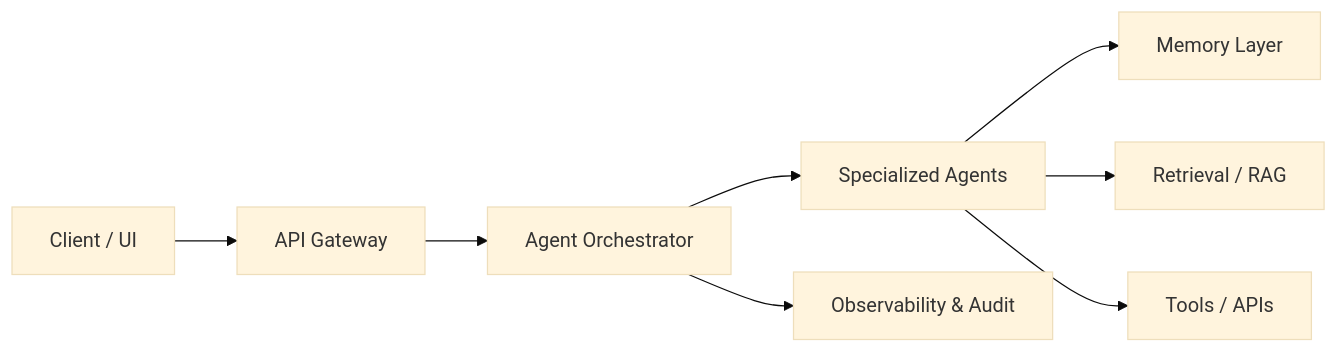
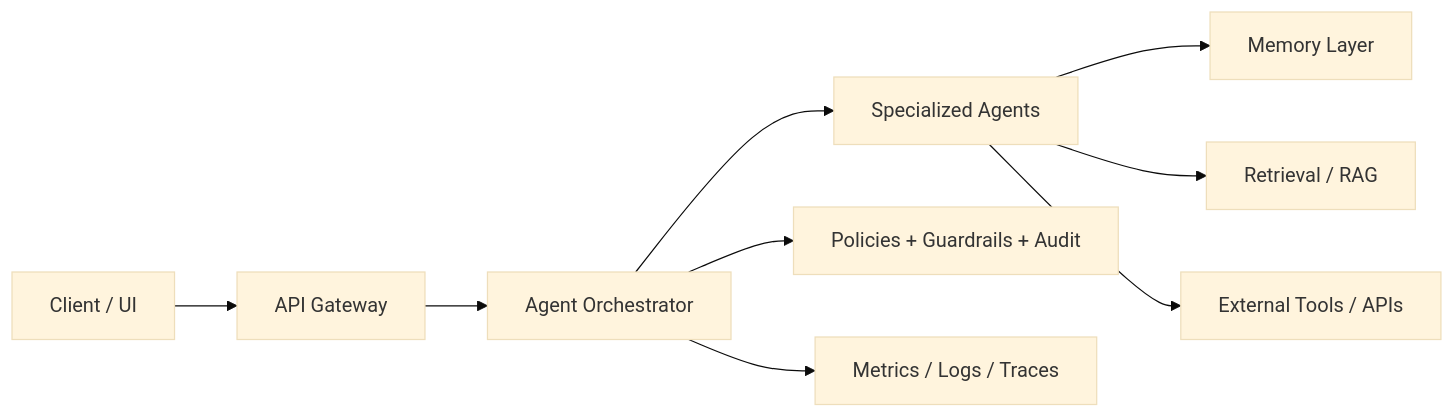
The diagram in README.md (AshaNatty/AshaNatty), drawn with Mermaid (base theme) before and after one commit. The commit also changed other lines of this file, not shown here.

Commit message:
Update reference architecture diagrams in README

````diff
--- a/README.md
+++ b/README.md
@@ -136,10 +136,14 @@
 ```mermaid
 flowchart LR
-    Client[Client / UI] --> API[API Gateway]
-    API --> Orchestrator[Agent Orchestrator]
+    Client[Client / UI] --> Gateway[API Gateway]
+    Gateway --> Orchestrator[Agent Orchestrator]
+
     Orchestrator --> Agents[Specialized Agents]
+
     Agents --> Memory[Memory Layer]
     Agents --> Retrieval[Retrieval / RAG]
-    Agents --> Tools[Tools / APIs]
-    Orchestrator --> Obs[Observability & Audit]
+    Agents --> Tools[External Tools / APIs]
+
+    Orchestrator --> Governance[Policies + Guardrails + Audit]
+    Orchestrator --> Observability[Metrics / Logs / Traces]
 ```
````
